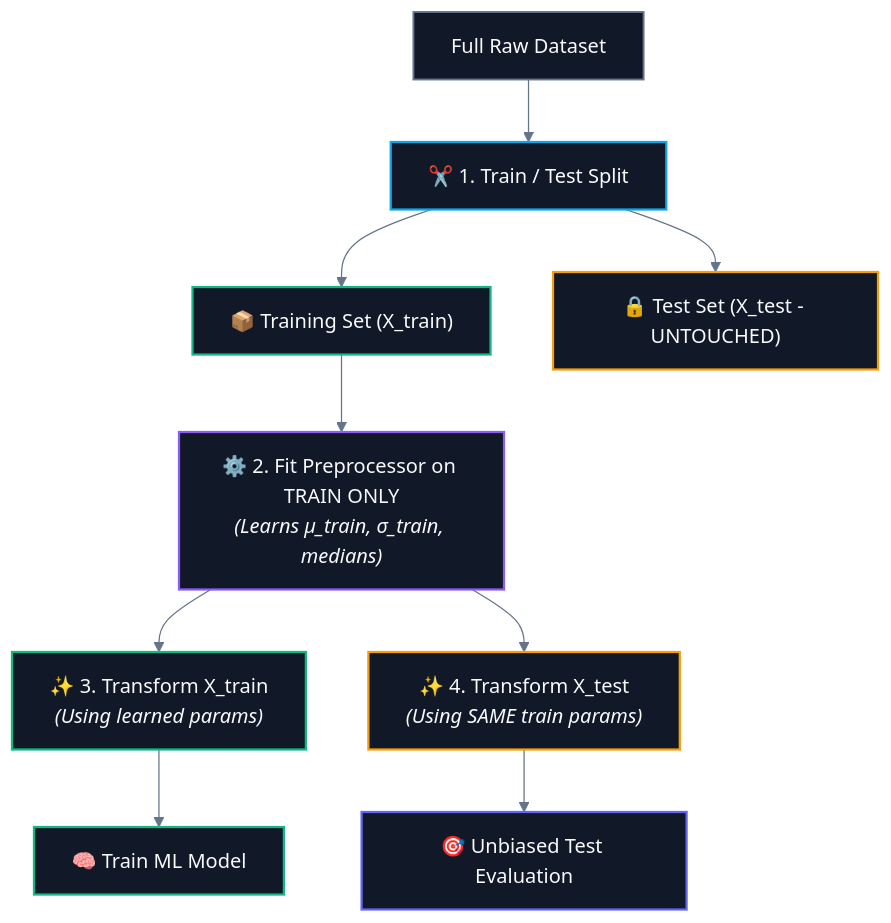
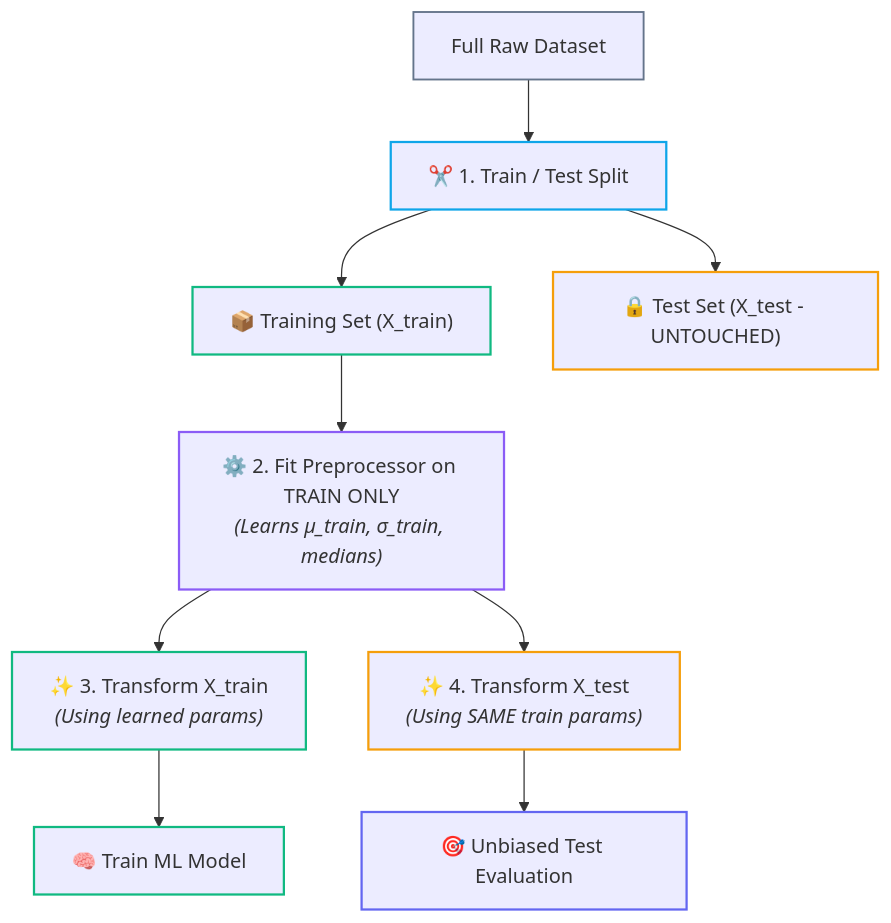
Before and after one commit to abhinavbharti2345/CS_Notes: the fourth of 6 diagrams in CS/AI & ML/02. Data Preprocessing/01. Data Leakage.md, drawn with Mermaid. The commit also changed other lines of this file and 91 other files, not shown here.

````diff
--- a/CS/AI & ML/02. Data Preprocessing/01. Data Leakage.md
+++ b/CS/AI & ML/02. Data Preprocessing/01. Data Leakage.md
@@ -101,32 +98,31 @@
 ```mermaid
-%%{init: {'theme': 'base', 'themeVariables': { 'darkMode': true, 'background': '#0B0F14', 'mainBkg': '#111827', 'primaryColor': '#111827', 'primaryTextColor': '#F8FAFC', 'primaryBorderColor': '#38BDF8', 'lineColor': '#64748B', 'secondaryColor': '#0B0F14', 'tertiaryColor': '#0B0F14', 'clusterBkg': '#0B0F14', 'clusterBorder': '#38BDF8' }}}%%
 flowchart TD
     D["Full Raw Dataset"] --> Split["✂️ 1. Train / Test Split"]
     
     Split --> Train["📦 Training Set (X_train)"]
     Split --> Test["🔒 Test Set (X_test - UNTOUCHED)"]
     
     Train --> Fit["⚙️ 2. Fit Preprocessor on TRAIN ONLY<br><i>(Learns μ_train, σ_train, medians)</i>"]
     
     Fit --> TransTrain["✨ 3. Transform X_train<br><i>(Using learned params)</i>"]
     Fit --> TransTest["✨ 4. Transform X_test<br><i>(Using SAME train params)</i>"]
     
     TransTrain --> Model["🧠 Train ML Model"]
     TransTest --> Eval["🎯 Unbiased Test Evaluation"]
 
-    classDef neutral fill:#111827,stroke:#64748b,stroke-width:1.5px,color:#F8FAFC;
-    classDef split fill:#111827,stroke:#0ea5e9,stroke-width:1.8px,color:#F8FAFC;
-    classDef train fill:#111827,stroke:#10b981,stroke-width:1.8px,color:#F8FAFC;
-    classDef test fill:#111827,stroke:#f59e0b,stroke-width:1.8px,color:#F8FAFC;
-    classDef fit fill:#111827,stroke:#8b5cf6,stroke-width:1.8px,color:#F8FAFC;
-    classDef model fill:#111827,stroke:#10b981,stroke-width:1.8px,color:#F8FAFC;
-    classDef eval fill:#111827,stroke:#6366f1,stroke-width:1.8px,color:#F8FAFC;
+    classDef neutral stroke:#64748b,stroke-width:1.5px;
+    classDef split stroke:#0ea5e9,stroke-width:1.8px;
+    classDef train stroke:#10b981,stroke-width:1.8px;
+    classDef test stroke:#f59e0b,stroke-width:1.8px;
+    classDef fit stroke:#8b5cf6,stroke-width:1.8px;
+    classDef model stroke:#10b981,stroke-width:1.8px;
+    classDef eval stroke:#6366f1,stroke-width:1.8px;
 
     class D neutral;
     class Split split;
     class Train,TransTrain train;
     class Test,TransTest test;
     class Fit fit;
     class Model model;
     class Eval eval;
 ```
````
